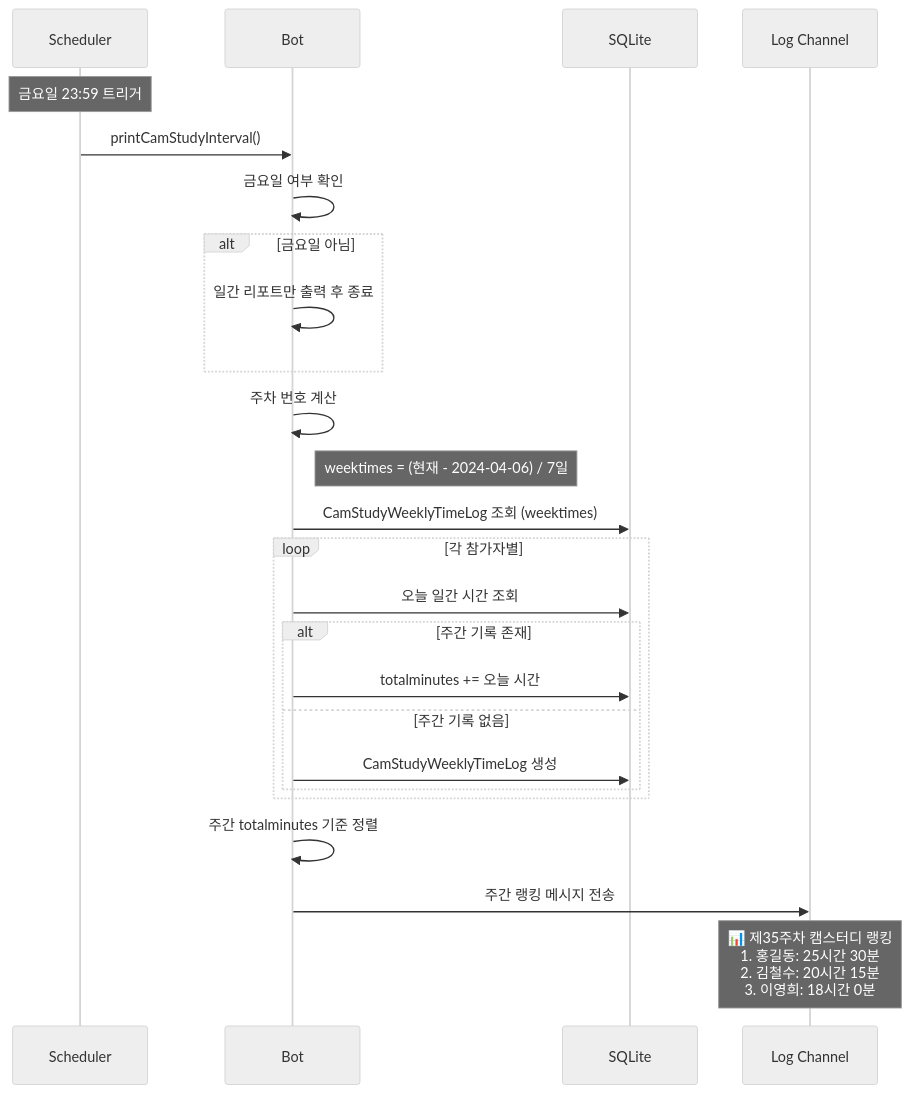
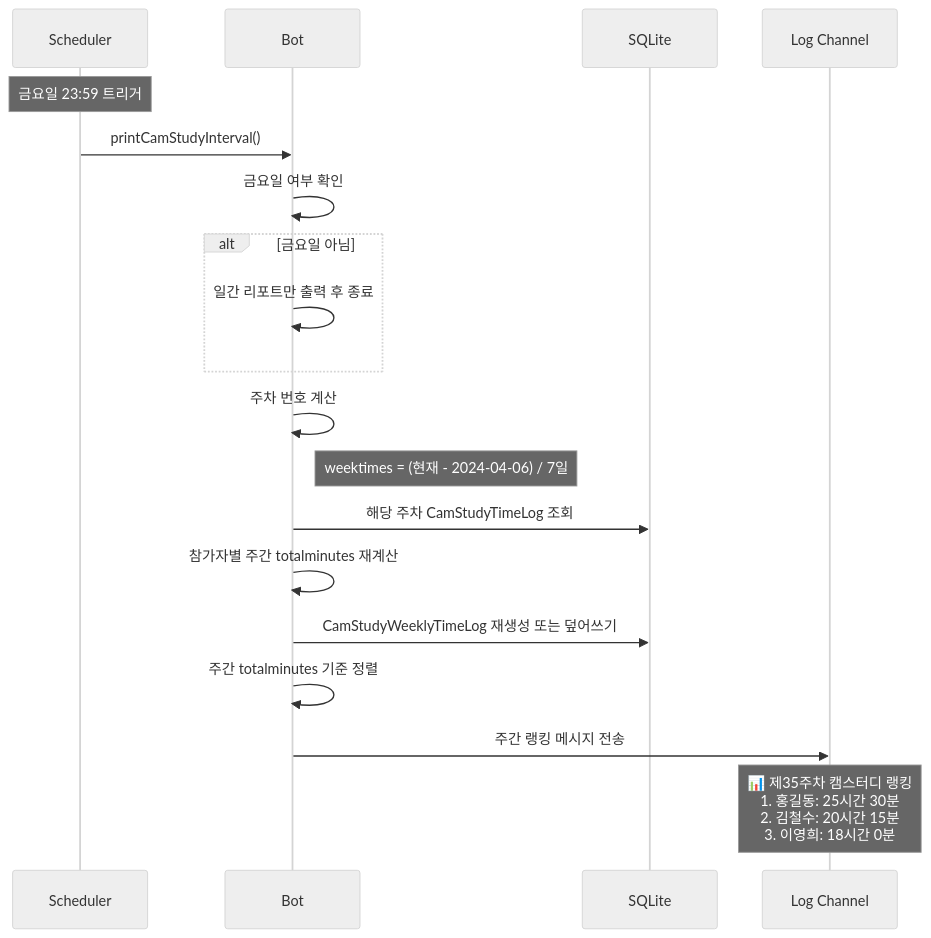
One commit to honki12345/haruharu-discord-bot changed diagram 11 of 12 in docs/USER_STORIES.md. Above: the diagram before and after it, drawn with Mermaid (neutral theme). The commit also changed other lines of this file and 11 other files, not shown here.

Commit message:
fix: stabilize cam study tracking and reporting (#43)

````diff
--- a/docs/USER_STORIES.md
+++ b/docs/USER_STORIES.md
@@ -508,34 +520,27 @@
 ```mermaid
 sequenceDiagram
     participant S as Scheduler
     participant B as Bot
     participant DB as SQLite
     participant L as Log Channel
 
     Note over S: 금요일 23:59 트리거
     S->>B: printCamStudyInterval()
 
     B->>B: 금요일 여부 확인
     alt 금요일 아님
         B->>B: 일간 리포트만 출력 후 종료
     end
 
     B->>B: 주차 번호 계산
     Note right of B: weektimes = (현재 - 2024-04-06) / 7일
 
-    B->>DB: CamStudyWeeklyTimeLog 조회 (weektimes)
-
-    loop 각 참가자별
-        B->>DB: 오늘 일간 시간 조회
-        alt 주간 기록 존재
-            B->>DB: totalminutes += 오늘 시간
-        else 주간 기록 없음
-            B->>DB: CamStudyWeeklyTimeLog 생성
-        end
-    end
+    B->>DB: 해당 주차 CamStudyTimeLog 조회
+    B->>B: 참가자별 주간 totalminutes 재계산
+    B->>DB: CamStudyWeeklyTimeLog 재생성 또는 덮어쓰기
 
     B->>B: 주간 totalminutes 기준 정렬
 
     B->>L: 주간 랭킹 메시지 전송
     Note over L: 📊 제35주차 캠스터디 랭킹<br/>1. 홍길동: 25시간 30분<br/>2. 김철수: 20시간 15분<br/>3. 이영희: 18시간 0분
 ```
````
